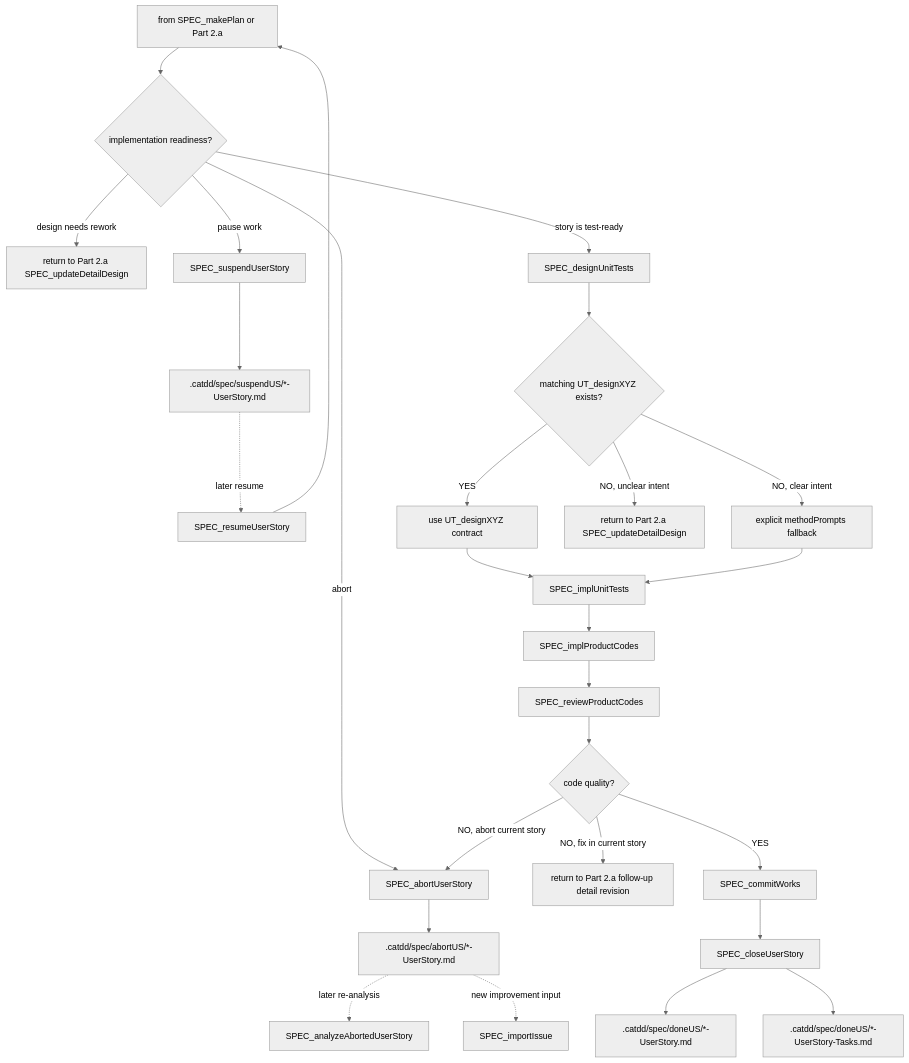
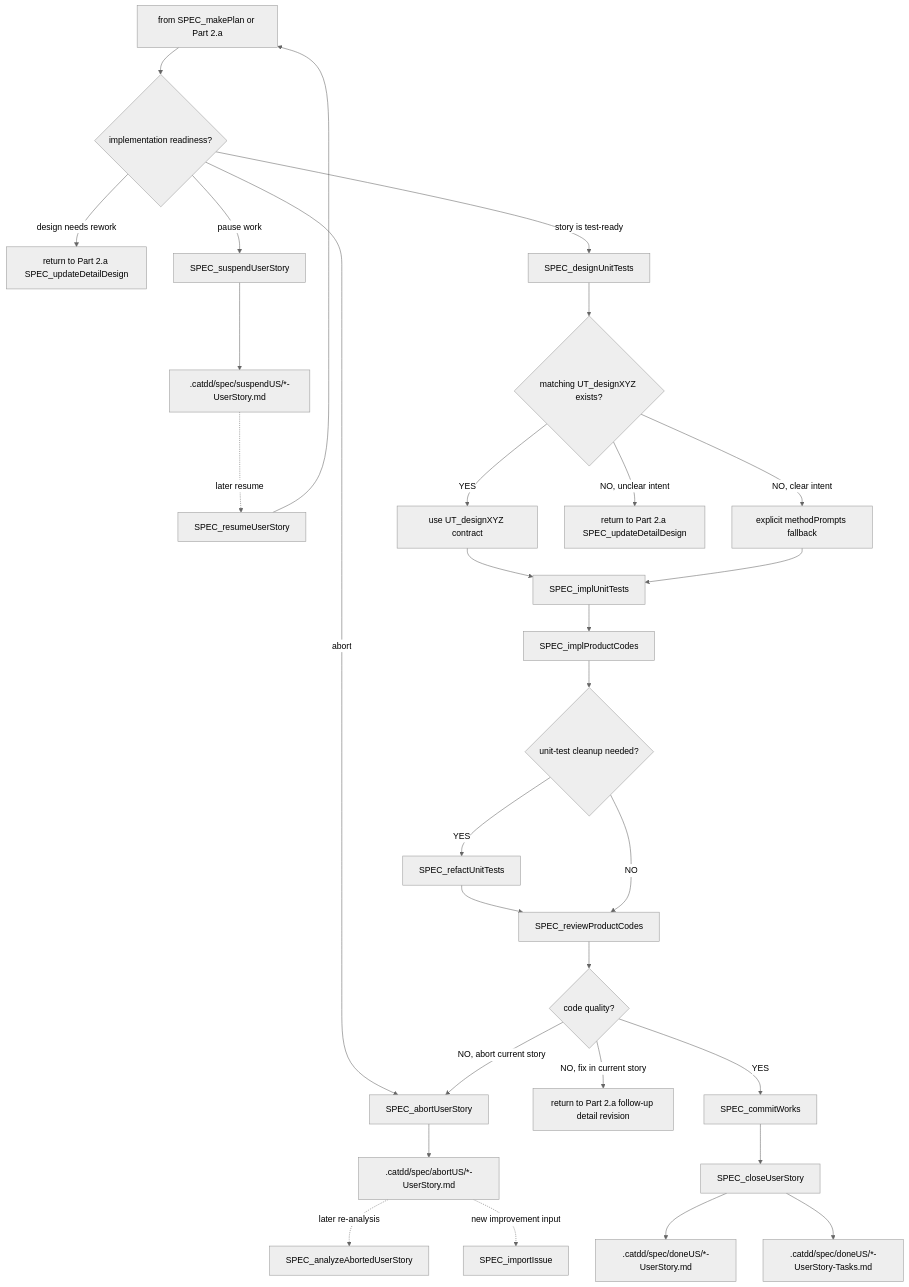
The third of 3 diagrams in .catdd/slashCommands/flows/Px-SpecFlow_ZH.md (HZ-XYZ-FORKS/MyInterObjCom-PlayKata-githubCopilot-autoModel-libIOC-inC), drawn with Mermaid (neutral theme) before and after one commit. The commit also changed other lines of this file and 63 other files, not shown here.

````diff
--- a/.catdd/slashCommands/flows/Px-SpecFlow_ZH.md
+++ b/.catdd/slashCommands/flows/Px-SpecFlow_ZH.md
@@ -261,31 +261,34 @@
 ```mermaid
 flowchart TB
     Part2b["from SPEC_makePlan or Part 2.a"] --> ImplementationChoice{"implementation readiness?"}
     ImplementationChoice -- "design needs rework" --> ReviewStoryRef["return to Part 2.a SPEC_updateDetailDesign"]
     ImplementationChoice -- "pause work" --> Suspend["SPEC_suspendUserStory"]
     Suspend --> SuspendUS[".catdd/spec/suspendUS/*-UserStory.md"]
     SuspendUS -. "later resume" .-> Resume["SPEC_resumeUserStory"]
     Resume --> Part2b
     ImplementationChoice -- "abort" --> Abort2b["SPEC_abortUserStory"]
     ImplementationChoice -- "story is test-ready" --> DesignTests["SPEC_designUnitTests"]
 
     DesignTests --> UTDesign{"matching UT_designXYZ exists?"}
     UTDesign -- "YES" --> CategoryDesign["use UT_designXYZ contract"]
     UTDesign -- "NO, clear intent" --> MethodFallback["explicit methodPrompts fallback"]
     UTDesign -- "NO, unclear intent" --> DetailGap["return to Part 2.a SPEC_updateDetailDesign"]
     CategoryDesign --> ImplTests["SPEC_implUnitTests"]
     MethodFallback --> ImplTests
     ImplTests --> ImplCode["SPEC_implProductCodes"]
-    ImplCode --> ReviewCode["SPEC_reviewProductCodes"]
+    ImplCode --> RefactTests{"unit-test cleanup needed?"}
+    RefactTests -- "YES" --> RefactUnitTests["SPEC_refactUnitTests"]
+    RefactUnitTests --> ReviewCode["SPEC_reviewProductCodes"]
+    RefactTests -- "NO" --> ReviewCode
     ReviewCode --> QualityCode{"code quality?"}
 
     QualityCode -- "NO, fix in current story" --> DesignRework["return to Part 2.a follow-up detail revision"]
     QualityCode -- "NO, abort current story" --> Abort2b
     QualityCode -- "YES" --> Commit["SPEC_commitWorks"]
     Commit --> Close["SPEC_closeUserStory"]
     Close --> Done[".catdd/spec/doneUS/*-UserStory.md"]
     Close --> DoneTasks[".catdd/spec/doneUS/*-UserStory-Tasks.md"]
     Abort2b --> AbortUS2b[".catdd/spec/abortUS/*-UserStory.md"]
     AbortUS2b -. "later re-analysis" .-> AnalyzeAbort2b["SPEC_analyzeAbortedUserStory"]
     AbortUS2b -. "new improvement input" .-> ImportIssue2b["SPEC_importIssue"]
 ```
````
